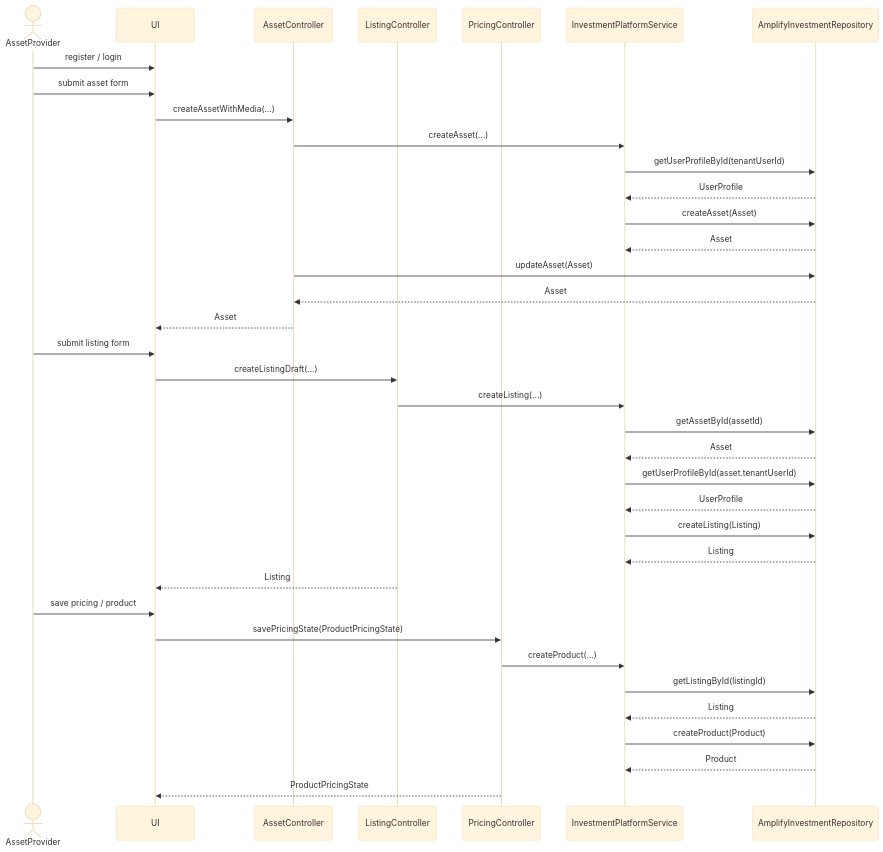
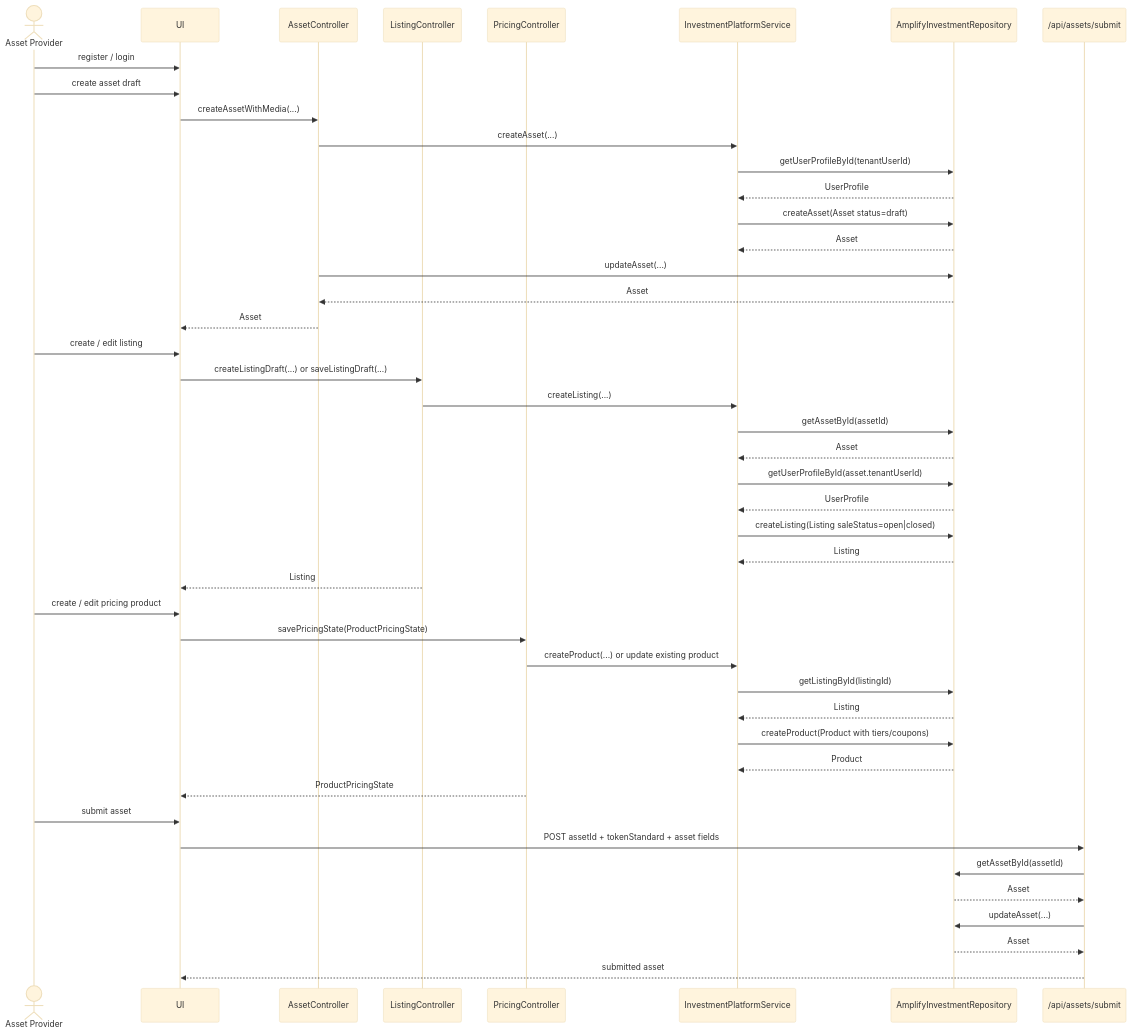
One commit to j4nos/cz changed the first of 4 diagrams in specs/5 - ui investment runtime flow.md. Above: the diagram before and after it, drawn with Mermaid (base theme). The commit also changed other lines of this file and 30 other files, not shown here.

Commit message:
feat: Implement product coupon pricing and harden chat request lifecycle

````diff
--- a/specs/5 - ui investment runtime flow.md
+++ b/specs/5 - ui investment runtime flow.md
@@ -1,42 +3,51 @@
 ```mermaid
 sequenceDiagram
-  actor AssetProvider as AssetProvider
+  actor AssetProvider as Asset Provider
   participant UI as UI
   participant AssetController as AssetController
   participant ListingController as ListingController
   participant PricingController as PricingController
   participant Service as InvestmentPlatformService
   participant Repo as AmplifyInvestmentRepository
+  participant SubmitApi as /api/assets/submit
 
   AssetProvider->>UI: register / login
-  AssetProvider->>UI: submit asset form
+  AssetProvider->>UI: create asset draft
   UI->>AssetController: createAssetWithMedia(...)
   AssetController->>Service: createAsset(...)
   Service->>Repo: getUserProfileById(tenantUserId)
   Repo-->>Service: UserProfile
-  Service->>Repo: createAsset(Asset)
+  Service->>Repo: createAsset(Asset status=draft)
   Repo-->>Service: Asset
-  AssetController->>Repo: updateAsset(Asset)
+  AssetController->>Repo: updateAsset(...)
   Repo-->>AssetController: Asset
   AssetController-->>UI: Asset
 
-  AssetProvider->>UI: submit listing form
-  UI->>ListingController: createListingDraft(...)
+  AssetProvider->>UI: create / edit listing
+  UI->>ListingController: createListingDraft(...) or saveListingDraft(...)
   ListingController->>Service: createListing(...)
   Service->>Repo: getAssetById(assetId)
   Repo-->>Service: Asset
   Service->>Repo: getUserProfileById(asset.tenantUserId)
   Repo-->>Service: UserProfile
-  Service->>Repo: createListing(Listing)
+  Service->>Repo: createListing(Listing saleStatus=open|closed)
   Repo-->>Service: Listing
   ListingController-->>UI: Listing
 
-  AssetProvider->>UI: save pricing / product
+  AssetProvider->>UI: create / edit pricing product
   UI->>PricingController: savePricingState(ProductPricingState)
-  PricingController->>Service: createProduct(...)
+  PricingController->>Service: createProduct(...) or update existing product
   Service->>Repo: getListingById(listingId)
   Repo-->>Service: Listing
-  Service->>Repo: createProduct(Product)
+  Service->>Repo: createProduct(Product with tiers/coupons)
   Repo-->>Service: Product
   PricingController-->>UI: ProductPricingState
+
+  AssetProvider->>UI: submit asset
+  UI->>SubmitApi: POST assetId + tokenStandard + asset fields
+  SubmitApi->>Repo: getAssetById(assetId)
+  Repo-->>SubmitApi: Asset
+  SubmitApi->>Repo: updateAsset(...)
+  Repo-->>SubmitApi: Asset
+  SubmitApi-->>UI: submitted asset
 ```
````
